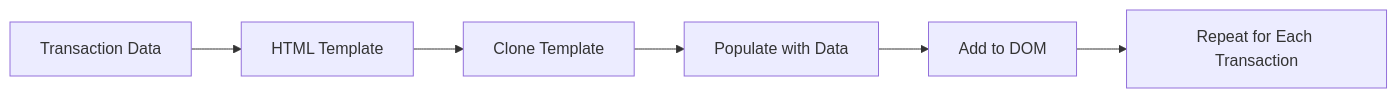
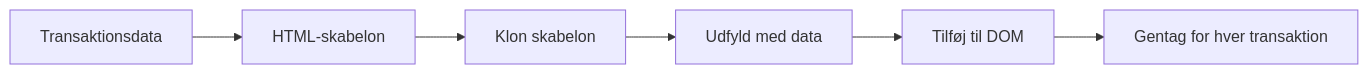
One commit to microsoft/Web-Dev-For-Beginners changed the tenth of 11 diagrams in translations/da/7-bank-project/3-data/README.md. Above: the diagram before and after it, drawn with Mermaid. The commit also changed other lines of this file and 41 other files, not shown here.

````diff
--- a/translations/da/7-bank-project/3-data/README.md
+++ b/translations/da/7-bank-project/3-data/README.md
@@ -588,8 +742,8 @@
 ```mermaid
 flowchart LR
-    A[Transaction Data] --> B[HTML Template]
-    B --> C[Clone Template]
-    C --> D[Populate with Data]
-    D --> E[Add to DOM]
-    E --> F[Repeat for Each Transaction]
+    A[Transaktionsdata] --> B[HTML-skabelon]
+    B --> C[Klon skabelon]
+    C --> D[Udfyld med data]
+    D --> E[Tilføj til DOM]
+    E --> F[Gentag for hver transaktion]
 ```
````
